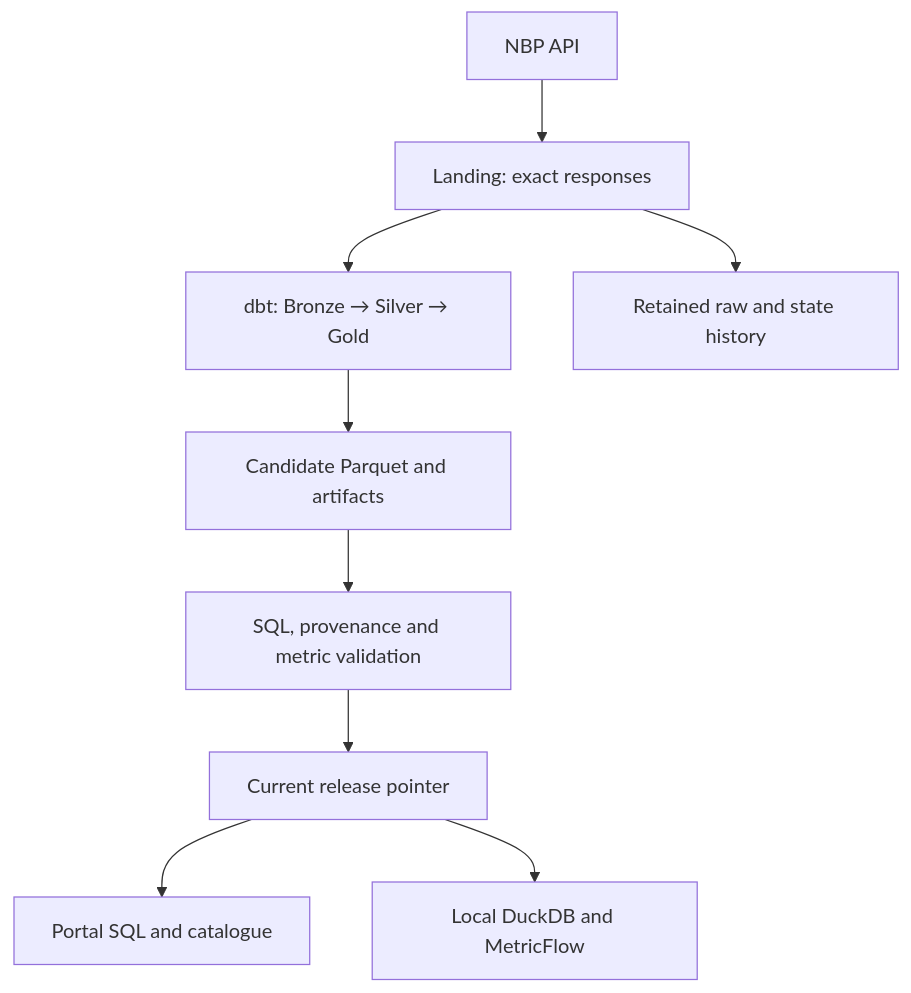
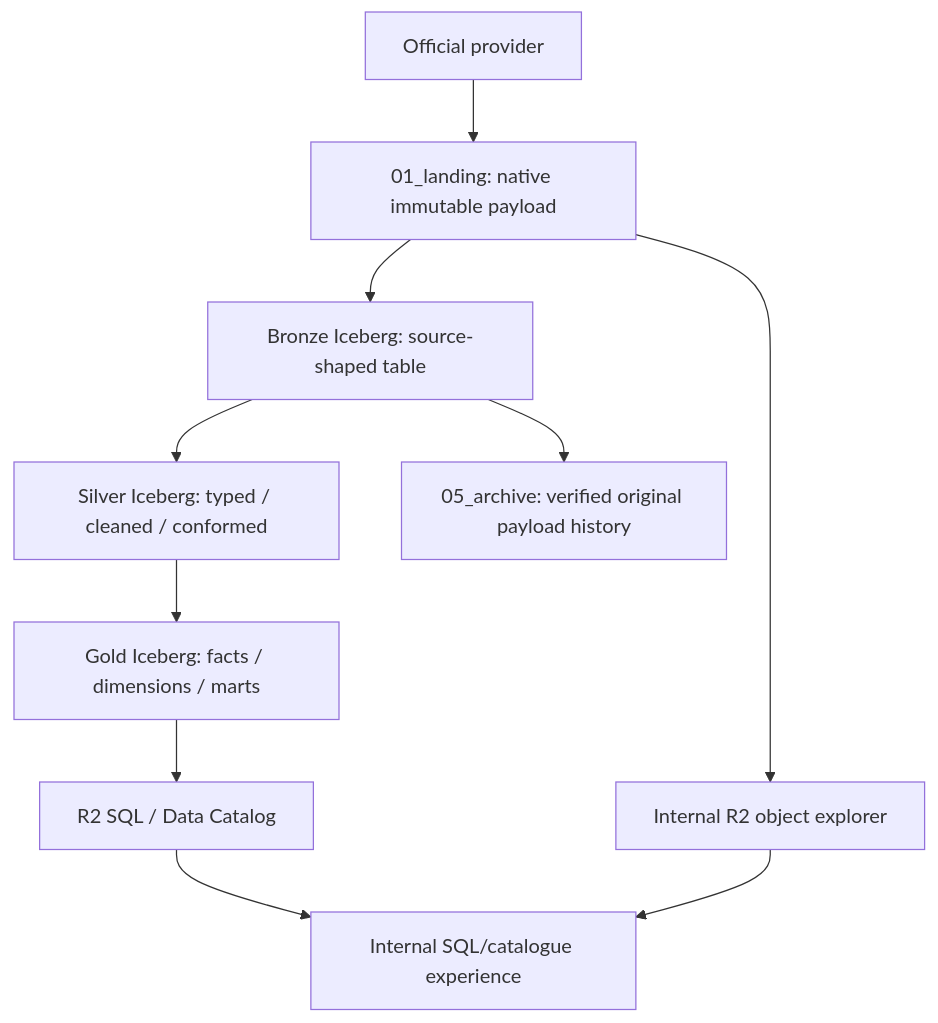
The diagram in docs/architecture.md (rutkala/zohelo-data), drawn with Mermaid before and after one commit. The commit also changed other lines of this file, not shown here.

Commit message:
Replace stale Drive architecture with R2 Iceberg

````diff
--- a/docs/architecture.md
+++ b/docs/architecture.md
@@ -28,11 +46,12 @@
 ```mermaid
 flowchart TD
-  A["NBP API"] --> B["Landing: exact responses"]
-  B --> C["dbt: Bronze → Silver → Gold"]
-  C --> D["Candidate Parquet and artifacts"]
-  D --> E["SQL, provenance and metric validation"]
-  E --> F["Current release pointer"]
-  F --> G["Portal SQL and catalogue"]
-  F --> H["Local DuckDB and MetricFlow"]
-  B --> I["Retained raw and state history"]
+  A["Official provider"] --> B["01_landing: native immutable payload"]
+  B --> C["Bronze Iceberg: source-shaped table"]
+  C --> D["Silver Iceberg: typed / cleaned / conformed"]
+  D --> E["Gold Iceberg: facts / dimensions / marts"]
+  C --> F["05_archive: verified original payload history"]
+  E --> G["R2 SQL / Data Catalog"]
+  B --> H["Internal R2 object explorer"]
+  G --> I["Internal SQL/catalogue experience"]
+  H --> I
 ```
````
